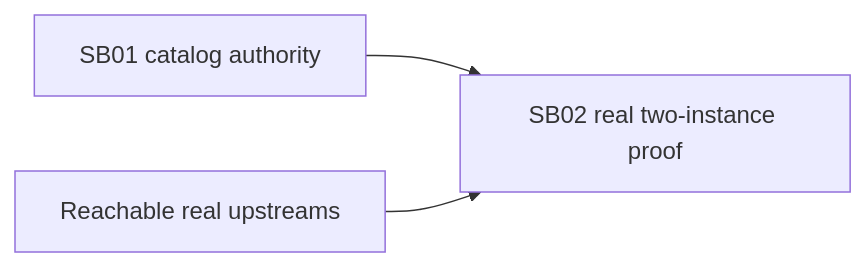
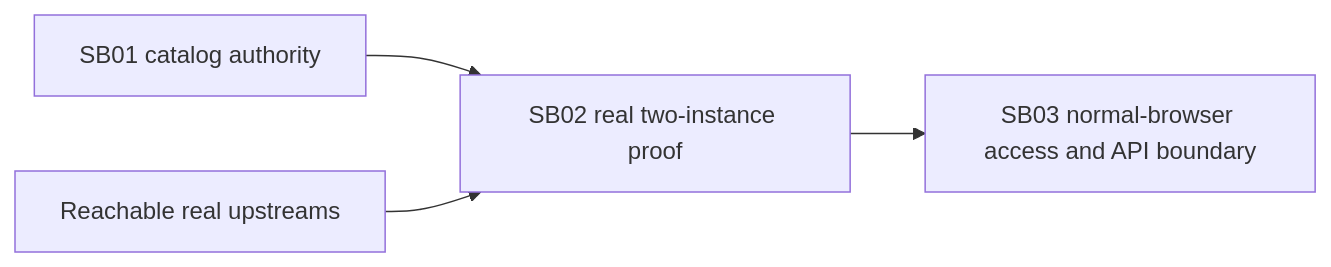
The diagram in codex/bundles/shared-provider-real-catalogs/plan/01-phase-plan.md (fyziktom/CanDoItAll), drawn with Mermaid before and after one commit. The commit also changed other lines of this file and 75 other files, not shown here.

````diff
--- a/codex/bundles/shared-provider-real-catalogs/plan/01-phase-plan.md
+++ b/codex/bundles/shared-provider-real-catalogs/plan/01-phase-plan.md
@@ -10,5 +11,6 @@
 ```mermaid
 flowchart LR
   SB01["SB01 catalog authority"] --> SB02["SB02 real two-instance proof"]
+  SB02 --> SB03["SB03 normal-browser access and API boundary"]
   Real["Reachable real upstreams"] --> SB02
 ```
````
